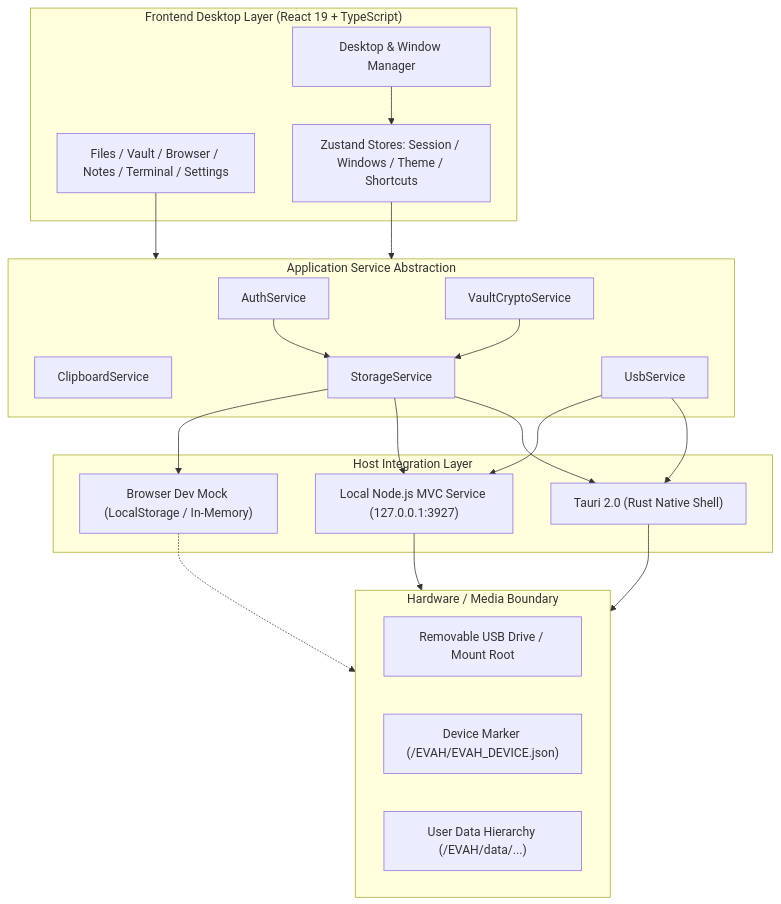
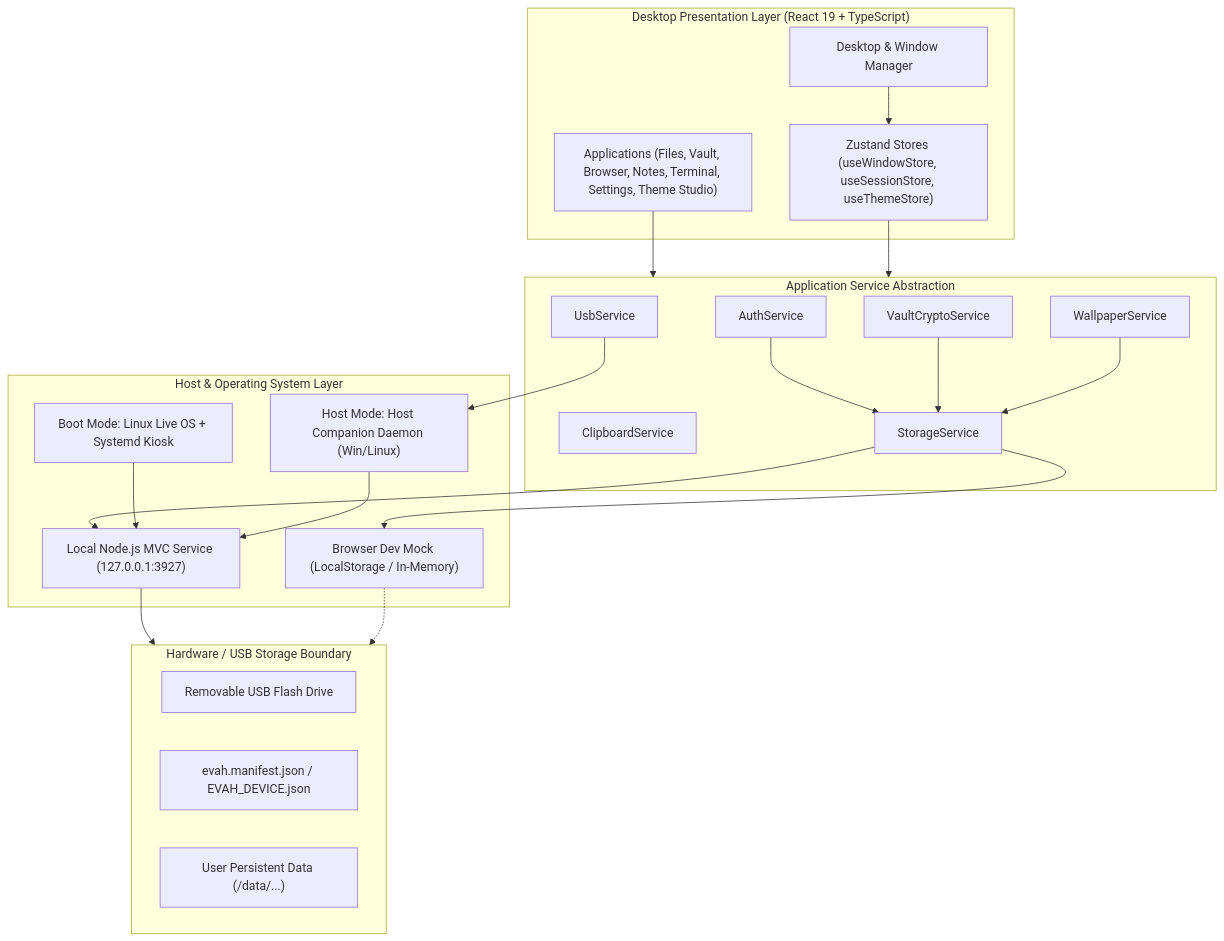
Before and after one commit to tejasabhale/evah-usb: the first of 2 diagrams in README.md, drawn with Mermaid. The commit also changed other lines of this file, not shown here.

Commit message:
docs: overhaul README.md to production-grade quality with dual-mode architecture, REST API spec, and verification guides

````diff
--- a/README.md
+++ b/README.md
@@ -53,42 +139,44 @@
 ```mermaid
 flowchart TD
-    subgraph UI ["Frontend Desktop Layer (React 19 + TypeScript)"]
+    subgraph UI ["Desktop Presentation Layer (React 19 + TypeScript)"]
         Desk[Desktop & Window Manager]
-        Apps[Files / Vault / Browser / Notes / Terminal / Settings]
-        Stores[Zustand Stores: Session / Windows / Theme / Shortcuts]
+        Apps["Applications (Files, Vault, Browser, Notes, Terminal, Settings, Theme Studio)"]
+        Stores["Zustand Stores (useWindowStore, useSessionStore, useThemeStore)"]
     end
 
     subgraph Services ["Application Service Abstraction"]
         AuthSvc[AuthService]
         VaultSvc[VaultCryptoService]
         ClipSvc[ClipboardService]
         StorSvc[StorageService]
         UsbSvc[UsbService]
+        WpSvc[WallpaperService]
     end
 
-    subgraph Native ["Host Integration Layer"]
-        Tauri["Tauri 2.0 (Rust Native Shell)"]
+    subgraph Integration ["Host & Operating System Layer"]
+        BootKiosk["Boot Mode: Linux Live OS + Systemd Kiosk"]
+        HostComp["Host Mode: Host Companion Daemon (Win/Linux)"]
         NodeSrv["Local Node.js MVC Service (127.0.0.1:3927)"]
         BrowserMock["Browser Dev Mock (LocalStorage / In-Memory)"]
     end
 
-    subgraph Hardware ["Hardware / Media Boundary"]
-        USB[Removable USB Drive / Mount Root]
-        Marker["Device Marker (/EVAH/EVAH_DEVICE.json)"]
-        Data["User Data Hierarchy (/EVAH/data/...)"]
+    subgraph Hardware ["Hardware / USB Storage Boundary"]
+        USB[Removable USB Flash Drive]
+        Manifest["evah.manifest.json / EVAH_DEVICE.json"]
+        Data["User Persistent Data (/data/...)"]
     end
 
     Desk --> Stores
     Apps --> Services
     Stores --> Services
     AuthSvc --> StorSvc
     VaultSvc --> StorSvc
-    StorSvc --> Tauri
+    WpSvc --> StorSvc
     StorSvc --> NodeSrv
     StorSvc --> BrowserMock
-    UsbSvc --> Tauri
-    UsbSvc --> NodeSrv
-    Tauri --> Hardware
+    UsbSvc --> HostComp
+    BootKiosk --> NodeSrv
+    HostComp --> NodeSrv
     NodeSrv --> Hardware
     BrowserMock -.-> Hardware
 ```
````
